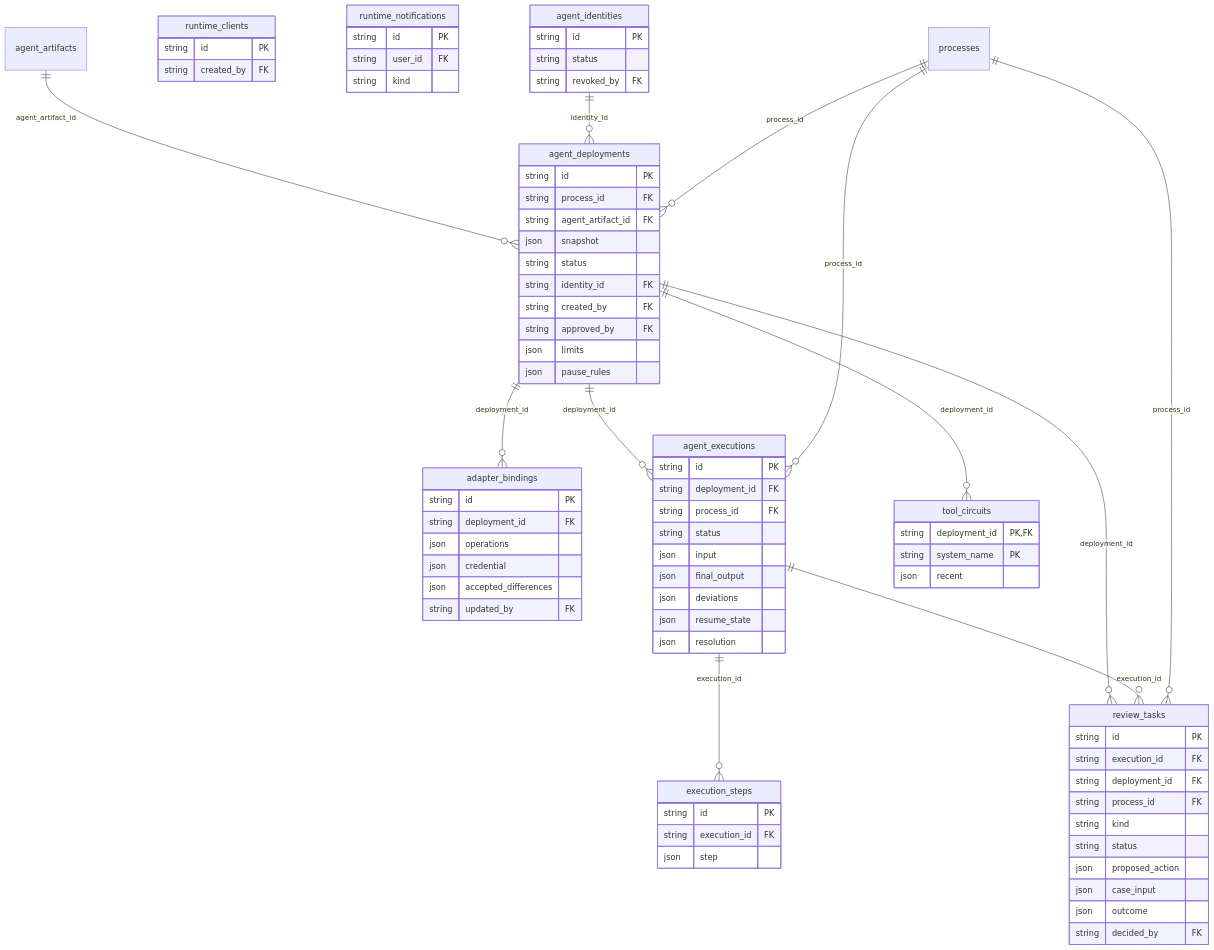
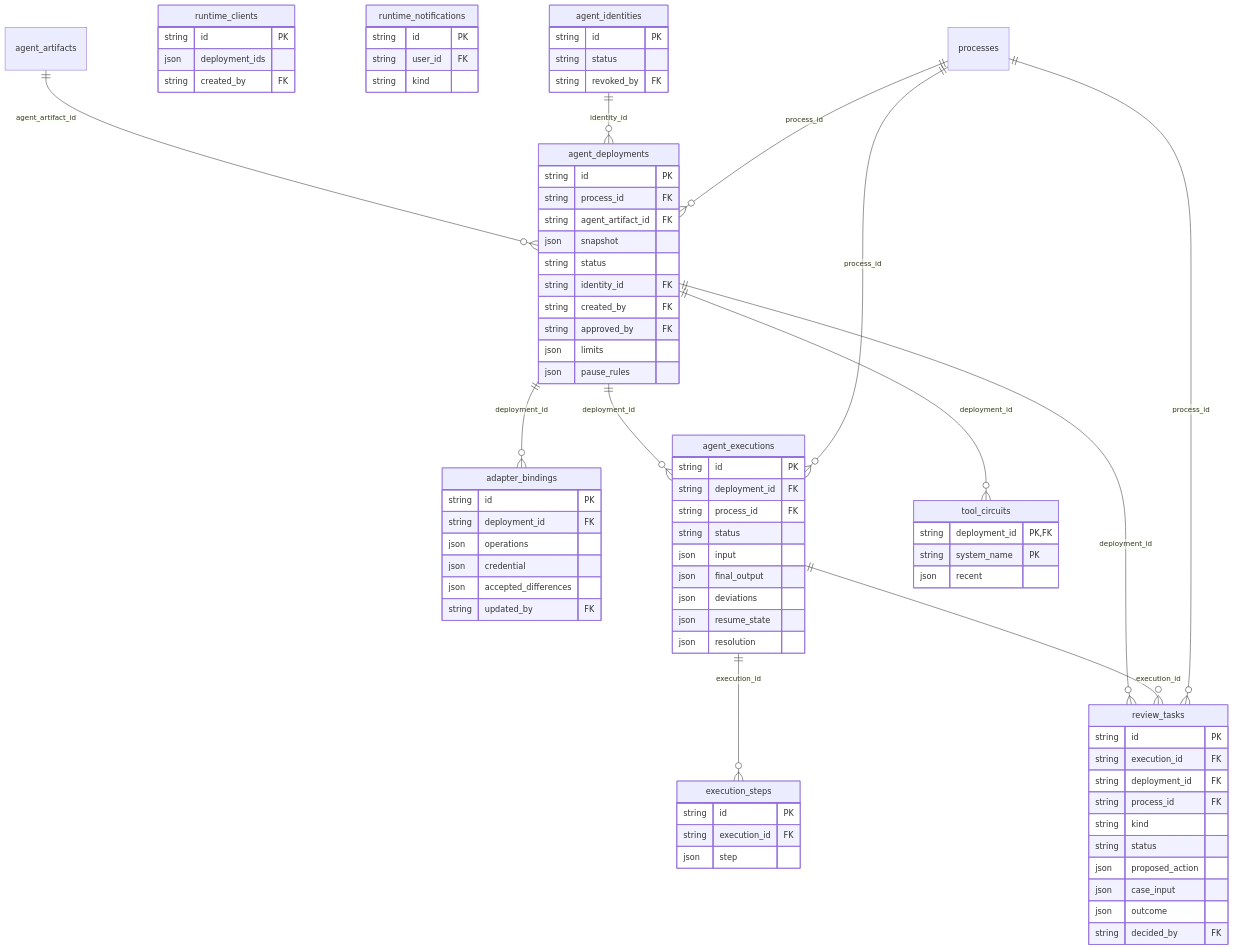
Before and after one commit to jayendukumar/agentify: the seventh of 9 diagrams in docs/wiki/Data-Model.md, drawn with Mermaid. The commit also changed other lines of this file and 21 other files, not shown here.

```diff
--- a/docs/wiki/Data-Model.md
+++ b/docs/wiki/Data-Model.md
@@ -546,6 +546,7 @@
     }
     runtime_clients {
         string id PK
+        json deployment_ids
         string created_by FK
     }
     agent_executions {
```
